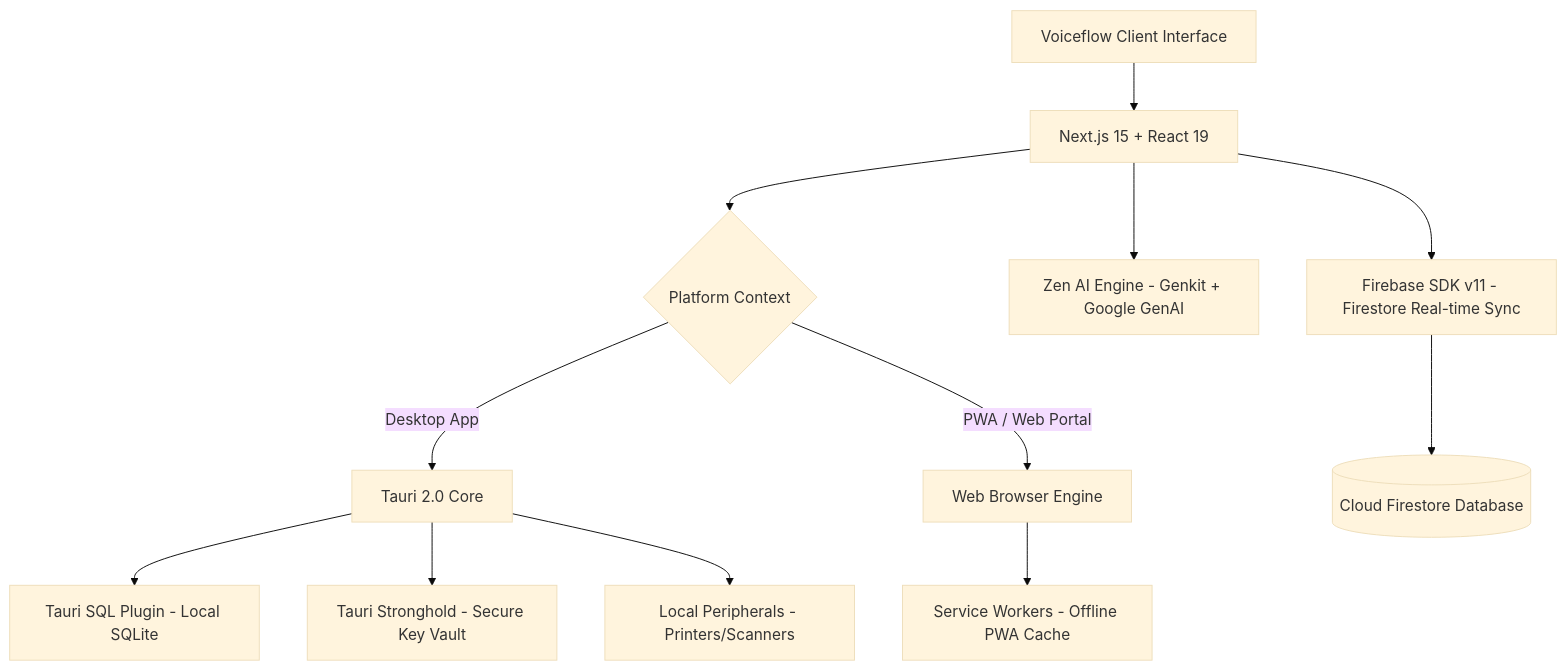
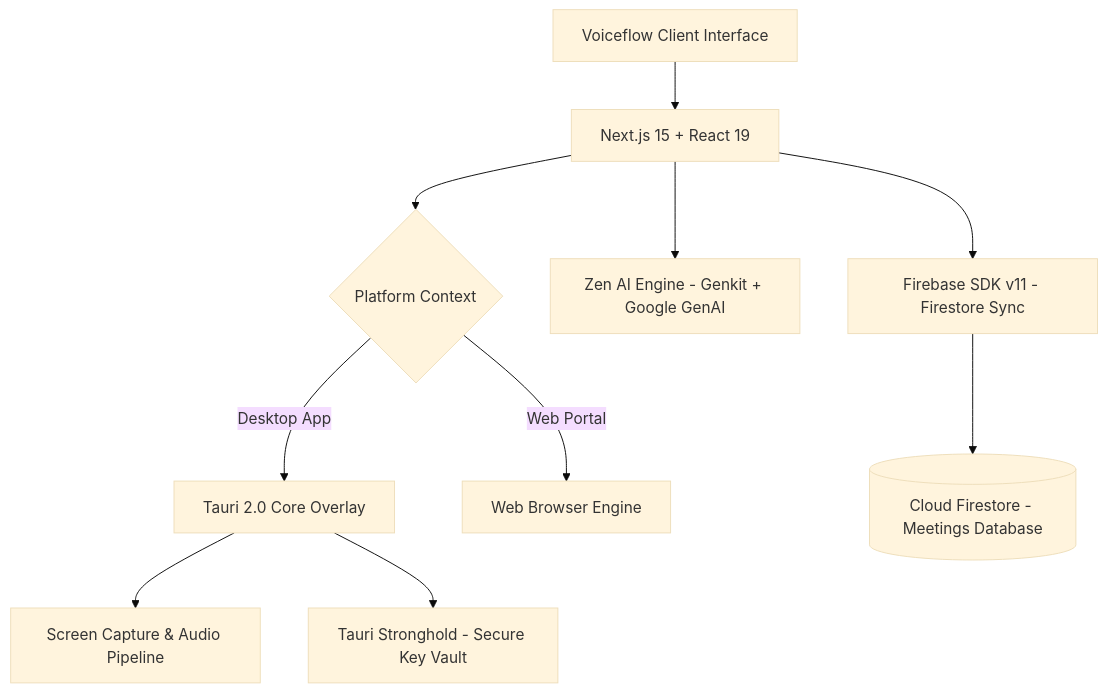
Before and after one commit to I-m-a-m-4/voiceflow: the diagram in README.md, drawn with Mermaid (base theme). The commit also changed other lines of this file and 26 other files, not shown here.

````diff
--- a/README.md
+++ b/README.md
@@ -33,17 +24,14 @@
 ```mermaid
 graph TD
     A[Voiceflow Client Interface] --> B[Next.js 15 + React 19]
     B --> C{Platform Context}
-    C -->|Desktop App| D[Tauri 2.0 Core]
-    C -->|PWA / Web Portal| E[Web Browser Engine]
+    C -->|Desktop App| D[Tauri 2.0 Core Overlay]
+    C -->|Web Portal| E[Web Browser Engine]
     
-    D --> F[Tauri SQL Plugin - Local SQLite]
+    D --> F[Screen Capture & Audio Pipeline]
     D --> G[Tauri Stronghold - Secure Key Vault]
-    D --> H[Local Peripherals - Printers/Scanners]
     
-    E --> I[Service Workers - Offline PWA Cache]
-    
-    B --> J[Zen AI Engine - Genkit + Google GenAI]
-    B --> K[Firebase SDK v11 - Firestore Real-time Sync]
-    K --> L[(Cloud Firestore Database)]
+    B --> H[Zen AI Engine - Genkit + Google GenAI]
+    B --> I[Firebase SDK v11 - Firestore Sync]
+    I --> J[(Cloud Firestore - Meetings Database)]
 ```
````
